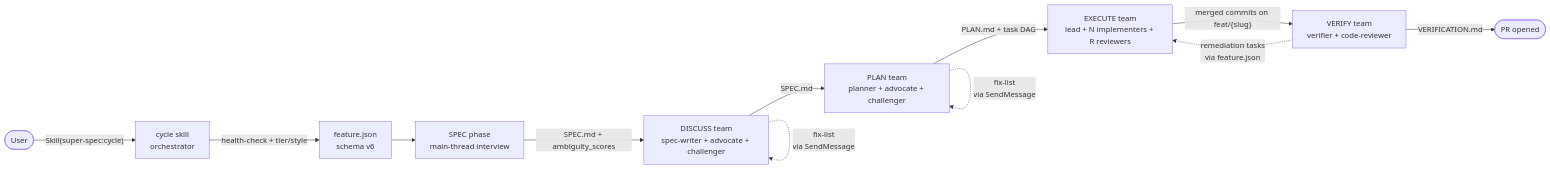
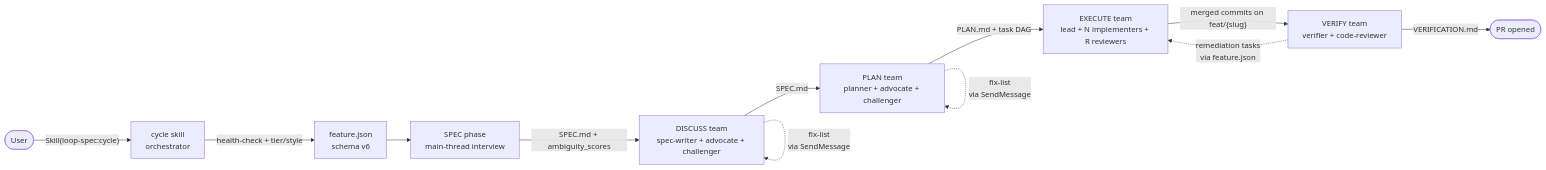
Before and after one commit to aztechead/loop-spec: the first of 5 diagrams in README.md, drawn with Mermaid. The commit also changed other lines of this file and 183 other files, not shown here.

First line of the commit message:
feat!: NO_JIRA rebrand super-spec to loop-spec, reset to v1.0.0

````diff
--- a/README.md
+++ b/README.md
@@ -223,14 +223,14 @@
 ```mermaid
 flowchart LR
-    user([User]) -->|"Skill(super-spec:cycle)"| cycle[cycle skill<br/>orchestrator]
+    user([User]) -->|"Skill(loop-spec:cycle)"| cycle[cycle skill<br/>orchestrator]
     cycle -->|"health-check + tier/style"| init[feature.json<br/>schema v6]
     init --> spec[SPEC phase<br/>main-thread interview]
     spec -->|SPEC.md + ambiguity_scores| discuss[DISCUSS team<br/>spec-writer + advocate + challenger]
     discuss -->|SPEC.md| plan[PLAN team<br/>planner + advocate + challenger]
     plan -->|PLAN.md + task DAG| execute[EXECUTE team<br/>lead + N implementers + R reviewers]
     execute -->|merged commits on feat/&lcub;slug&rcub;| verify[VERIFY team<br/>verifier + code-reviewer]
     verify -->|VERIFICATION.md| pr([PR opened])
     verify -.->|remediation tasks<br/>via feature.json| execute
     plan -.->|fix-list<br/>via SendMessage| plan
     discuss -.->|fix-list<br/>via SendMessage| discuss
 ```
````
